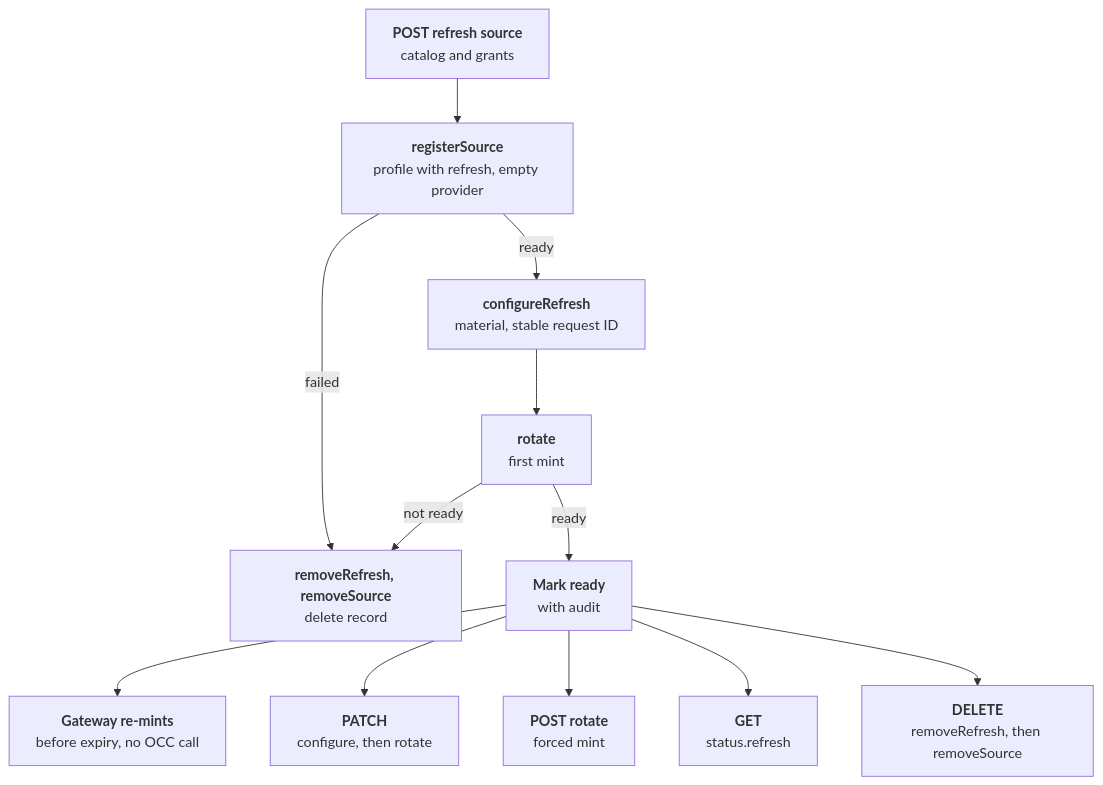
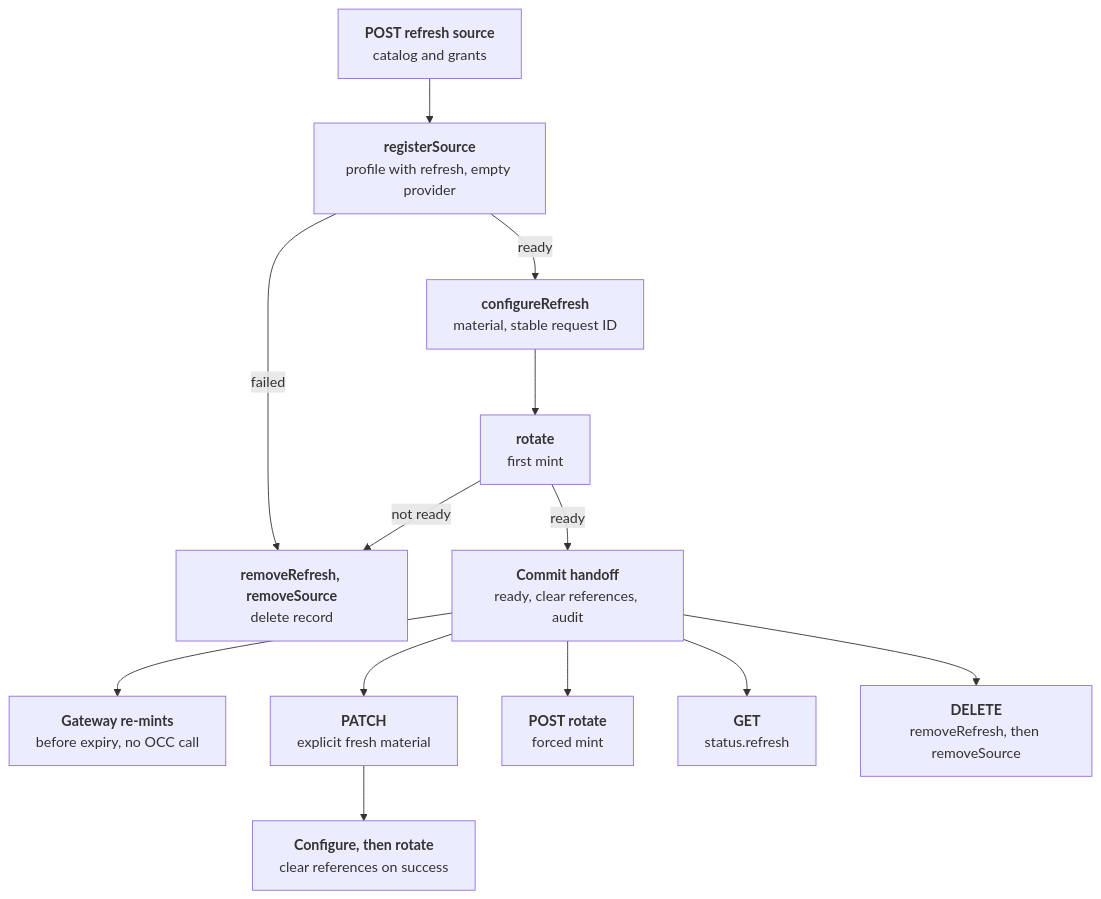
The diagram in docs/flows/credential-source-refresh.md (openclaw/openclaw-enterprise), drawn with Mermaid before and after one commit. The commit also changed other lines of this file and 22 other files, not shown here.

Commit message:
fix(credentials): release bootstrap references after refresh handoff

````diff
--- a/docs/flows/credential-source-refresh.md
+++ b/docs/flows/credential-source-refresh.md
@@ -36,14 +37,15 @@
 ```mermaid
 graph TD
   A["<b>POST refresh source</b><br/>catalog and grants"] --> B["<b>registerSource</b><br/>profile with refresh, empty provider"]
   B -- "failed" --> X["<b>removeRefresh, removeSource</b><br/>delete record"]
   B -- "ready" --> C["<b>configureRefresh</b><br/>material, stable request ID"]
   C --> D["<b>rotate</b><br/>first mint"]
   D -- "not ready" --> X
-  D -- "ready" --> E["<b>Mark ready</b><br/>with audit"]
+  D -- "ready" --> E["<b>Commit handoff</b><br/>ready, clear references, audit"]
   E --> F["<b>Gateway re-mints</b><br/>before expiry, no OCC call"]
-  E --> G["<b>PATCH</b><br/>configure, then rotate"]
+  E --> G["<b>PATCH</b><br/>explicit fresh material"]
+  G --> Q["<b>Configure, then rotate</b><br/>clear references on success"]
   E --> H["<b>POST rotate</b><br/>forced mint"]
   E --> I["<b>GET</b><br/>status.refresh"]
   E --> J["<b>DELETE</b><br/>removeRefresh, then removeSource"]
 ```
````
